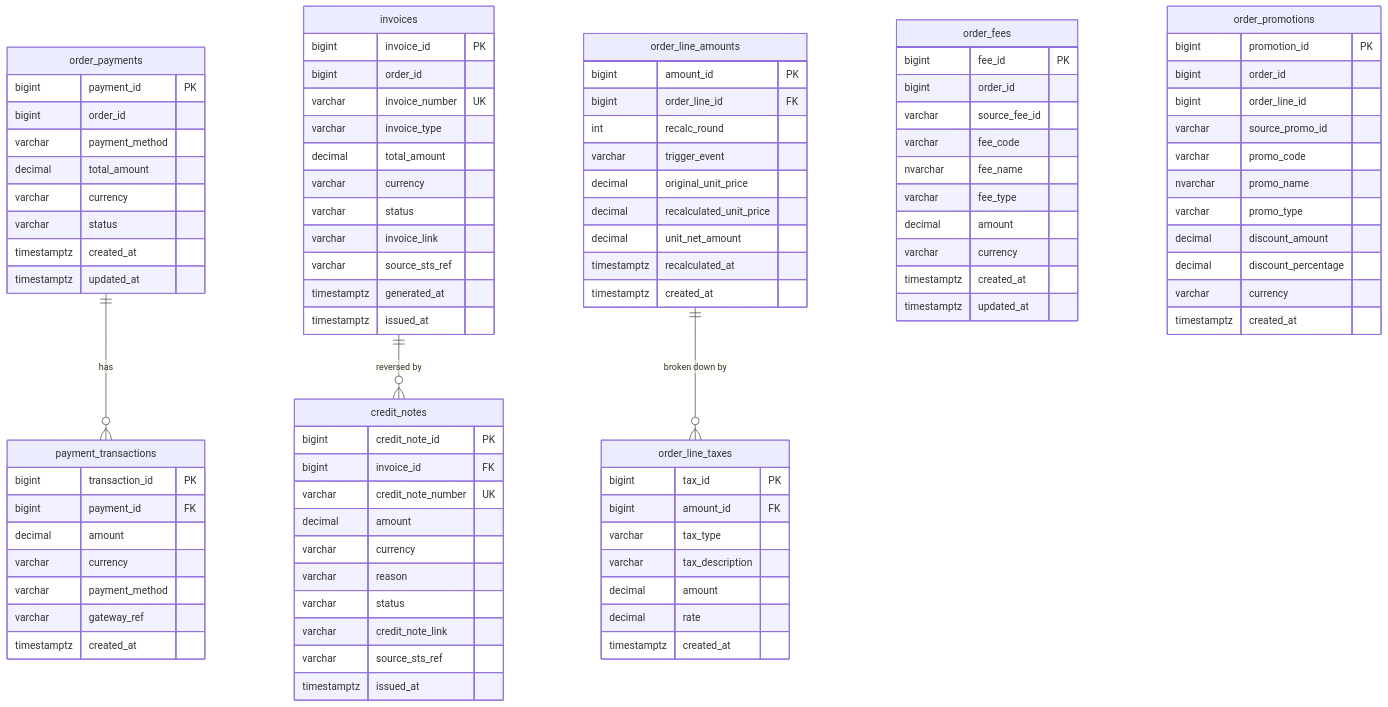
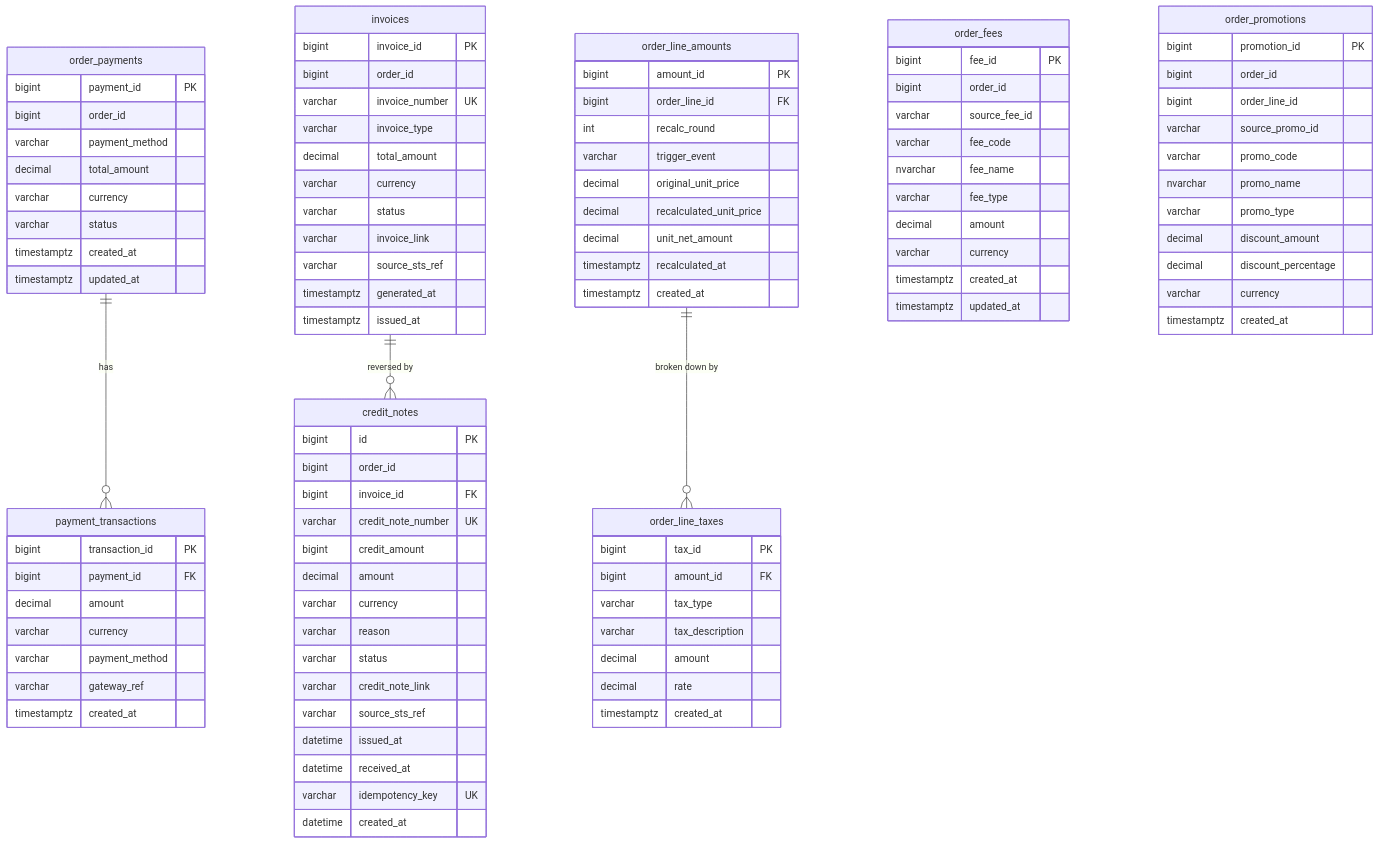
The second of 5 diagrams in docs/oms-er-diagrams.md (rosered11/oms-claude), drawn with Mermaid before and after one commit. The commit also changed other lines of this file and 10 other files, not shown here.

```diff
--- a/docs/oms-er-diagrams.md
+++ b/docs/oms-er-diagrams.md
@@ -211,16 +224,21 @@
     }
 
     credit_notes {
-        bigint  credit_note_id PK
+        bigint  id PK
+        bigint  order_id
         bigint  invoice_id FK
         varchar credit_note_number UK
+        bigint  credit_amount
         decimal amount
         varchar currency
         varchar reason
         varchar status
         varchar credit_note_link
         varchar source_sts_ref
-        timestamptz issued_at
+        datetime issued_at
+        datetime received_at
+        varchar idempotency_key UK
+        datetime created_at
     }
 
     order_line_amounts {
```
